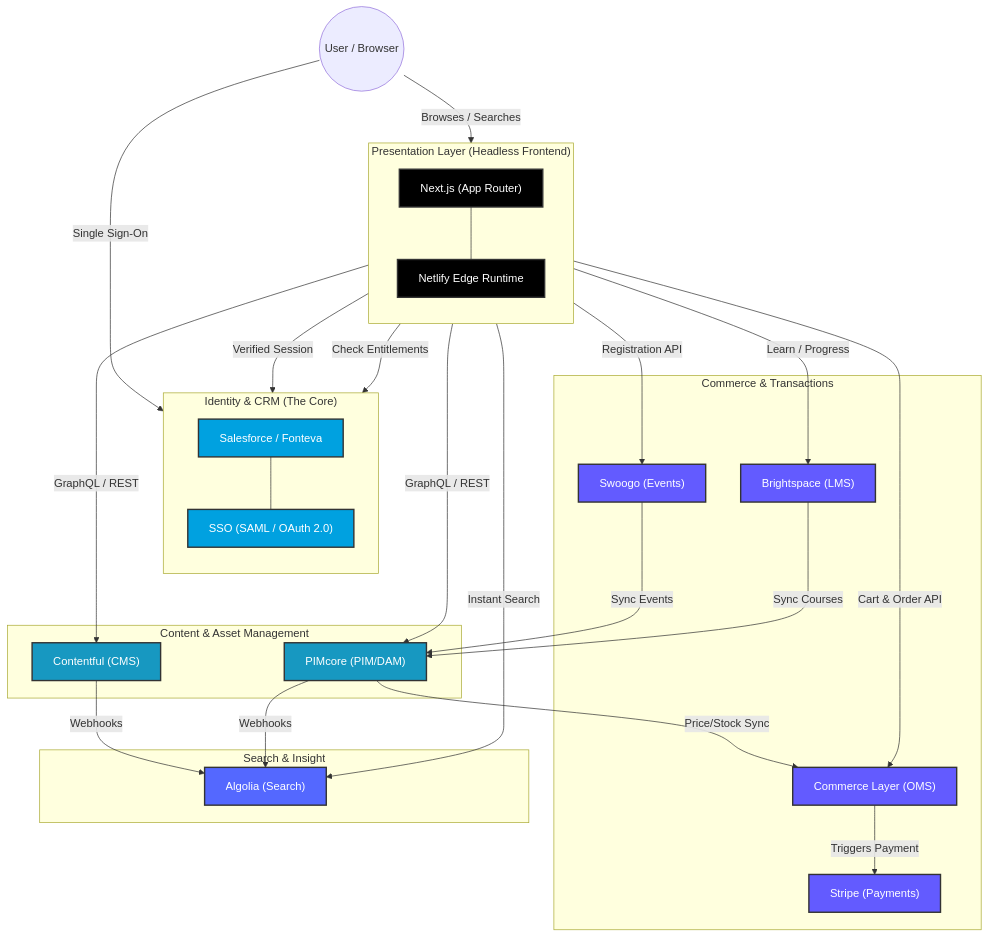
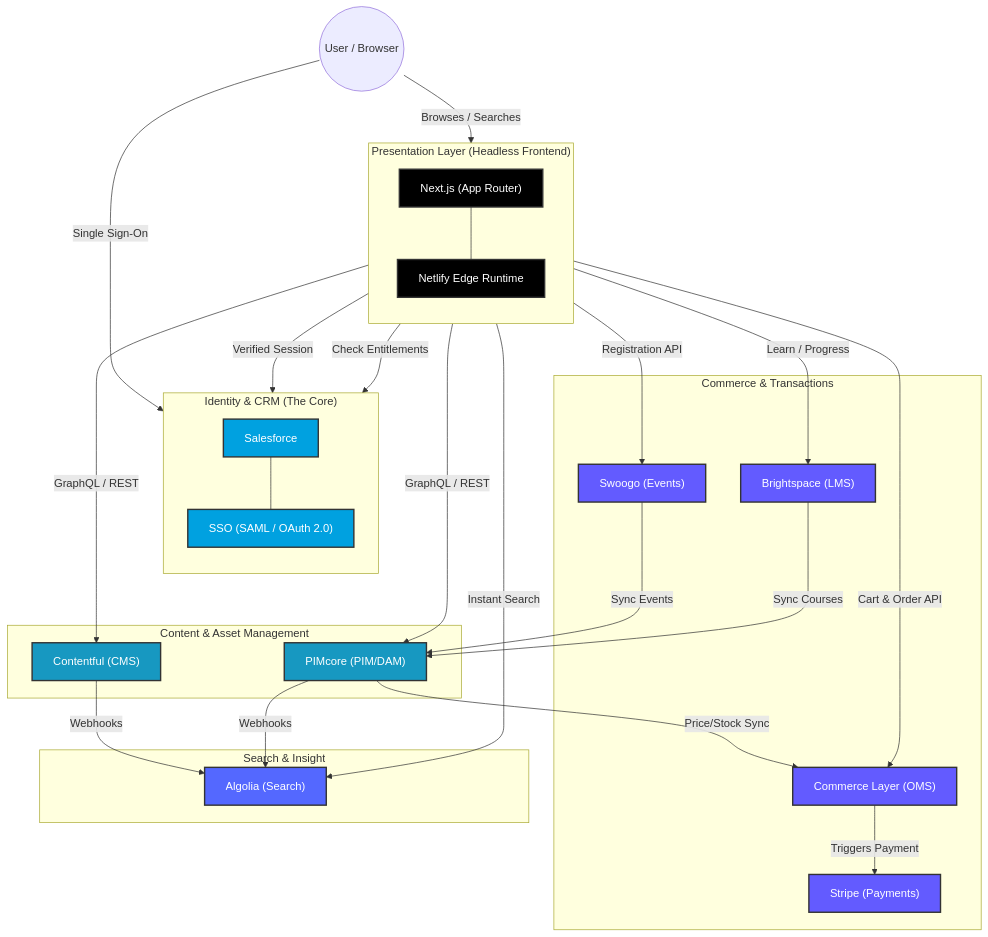
The first of 7 diagrams in BSAVA_MACH_ARCHITECTURE_DIAGRAM.md (timbowdeniona/bsava-com), drawn with Mermaid before and after one commit. The commit also changed other lines of this file and 1 other file, not shown here.

Commit message:
fix: sequence diagram connections visibility (white on white fix)

````diff
--- a/BSAVA_MACH_ARCHITECTURE_DIAGRAM.md
+++ b/BSAVA_MACH_ARCHITECTURE_DIAGRAM.md
@@ -10,69 +10,69 @@
 ```mermaid
 flowchart TB
     %% Nodes
     User((User / Browser))
     
     subgraph Presentation ["Presentation Layer (Headless Frontend)"]
         direction TB
         NextJS["Next.js (App Router)"]
         Edge["Netlify Edge Runtime"]
         NextJS --- Edge
     end
 
     subgraph Identity ["Identity & CRM (The Core)"]
         direction TB
-        Salesforce["Salesforce / Fonteva"]
+        Salesforce["Salesforce"]
         SSO["SSO (SAML / OAuth 2.0)"]
         Salesforce --- SSO
     end
 
     subgraph Content ["Content & Asset Management"]
         Contentful["Contentful (CMS)"]
         PIMcore["PIMcore (PIM/DAM)"]
     end
 
     subgraph Commerce ["Commerce & Transactions"]
         CommerceLayer["Commerce Layer (OMS)"]
         Stripe["Stripe (Payments)"]
         Swoogo["Swoogo (Events)"]
         Brightspace["Brightspace (LMS)"]
     end
 
     subgraph Discovery ["Search & Insight"]
         Algolia["Algolia (Search)"]
     end
 
     %% Interactions
     User -- "Browses / Searches" --> NextJS
     User -- "Single Sign-On" --> SSO
     
     NextJS -- "Cart & Order API" --> CommerceLayer
     NextJS -- "GraphQL / REST" --> Contentful
     NextJS -- "GraphQL / REST" --> PIMcore
     NextJS -- "Verified Session" --> SSO
     NextJS -- "Check Entitlements" --> Salesforce
     NextJS -- "Instant Search" --> Algolia
     NextJS -- "Registration API" --> Swoogo
     CommerceLayer -- "Triggers Payment" --> Stripe
     NextJS -- "Learn / Progress" --> Brightspace
 
     %% Sync Flows
     Contentful -- "Webhooks" --> Algolia
     PIMcore -- "Webhooks" --> Algolia
     PIMcore -- "Price/Stock Sync" --> CommerceLayer
     Swoogo -- "Sync Events" --> PIMcore
     Brightspace -- "Sync Courses" --> PIMcore
 
     %% Styling
     classDef presentation fill:#000,stroke:#333,stroke-width:2px,color:#fff
     classDef identity fill:#00A1E0,stroke:#333,stroke-width:2px,color:#fff
     classDef content fill:#1798c1,stroke:#333,stroke-width:2px,color:#fff
     classDef commerce fill:#635BFF,stroke:#333,stroke-width:2px,color:#fff
     classDef search fill:#5468FF,stroke:#333,stroke-width:2px,color:#fff
     
     class NextJS,Edge presentation
     class Salesforce,SSO identity
     class Contentful,PIMcore content
     class CommerceLayer,Stripe,Swoogo,Brightspace commerce
     class Algolia search
 ```
````
